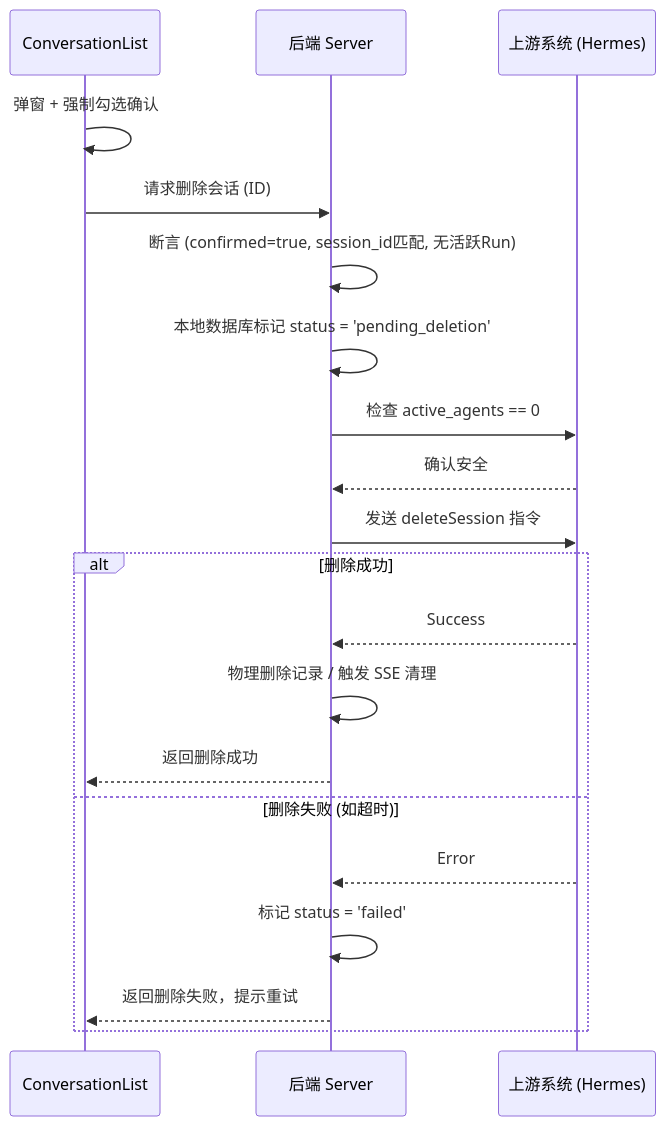
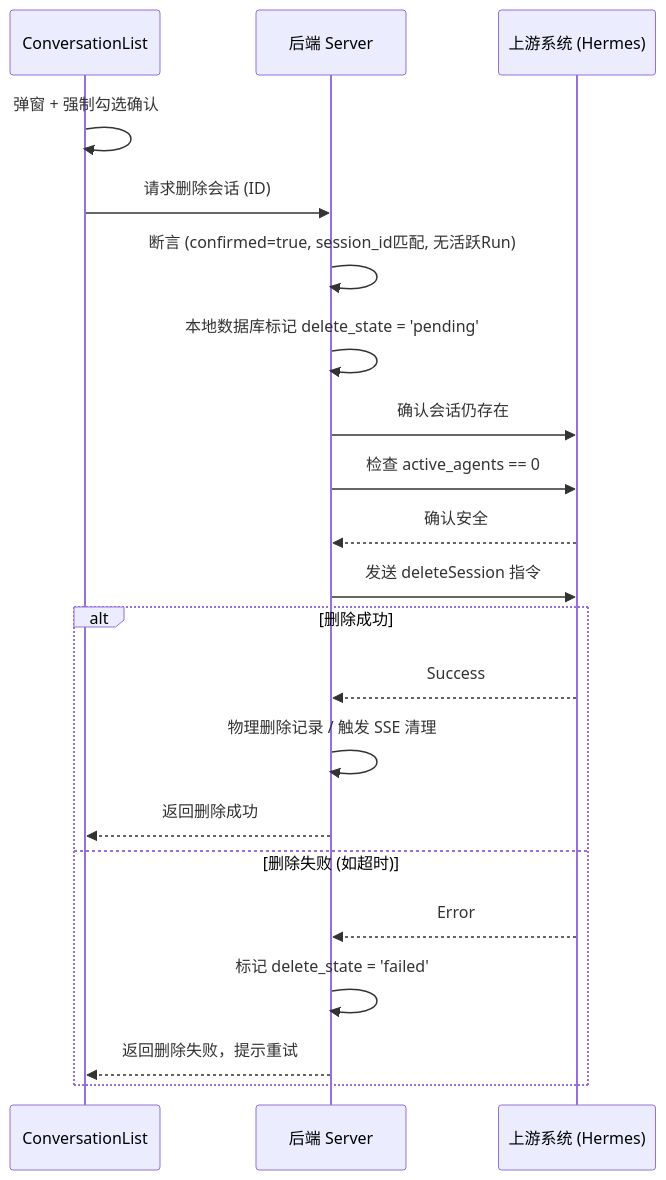
The fifth of 7 diagrams in docs/07-data-flow.md (ermu03/emu-chat), drawn with Mermaid before and after one commit. The commit also changed other lines of this file and 13 other files, not shown here.

````diff
--- a/docs/07-data-flow.md
+++ b/docs/07-data-flow.md
@@ -132,25 +134,26 @@
 ```mermaid
 sequenceDiagram
     participant UI as ConversationList
     participant API as 后端 Server
     participant Upstream as 上游系统 (Hermes)
 
     UI->>UI: 弹窗 + 强制勾选确认
     UI->>API: 请求删除会话 (ID)
     
     API->>API: 断言 (confirmed=true, session_id匹配, 无活跃Run)
-    API->>API: 本地数据库标记 status = 'pending_deletion'
+    API->>API: 本地数据库标记 delete_state = 'pending'
+    API->>Upstream: 确认会话仍存在
     API->>Upstream: 检查 active_agents == 0
     Upstream-->>API: 确认安全
     API->>Upstream: 发送 deleteSession 指令
     
     alt 删除成功
         Upstream-->>API: Success
         API->>API: 物理删除记录 / 触发 SSE 清理
         API-->>UI: 返回删除成功
     else 删除失败 (如超时)
         Upstream-->>API: Error
-        API->>API: 标记 status = 'failed'
+        API->>API: 标记 delete_state = 'failed'
         API-->>UI: 返回删除失败，提示重试
     end
 ```
````
